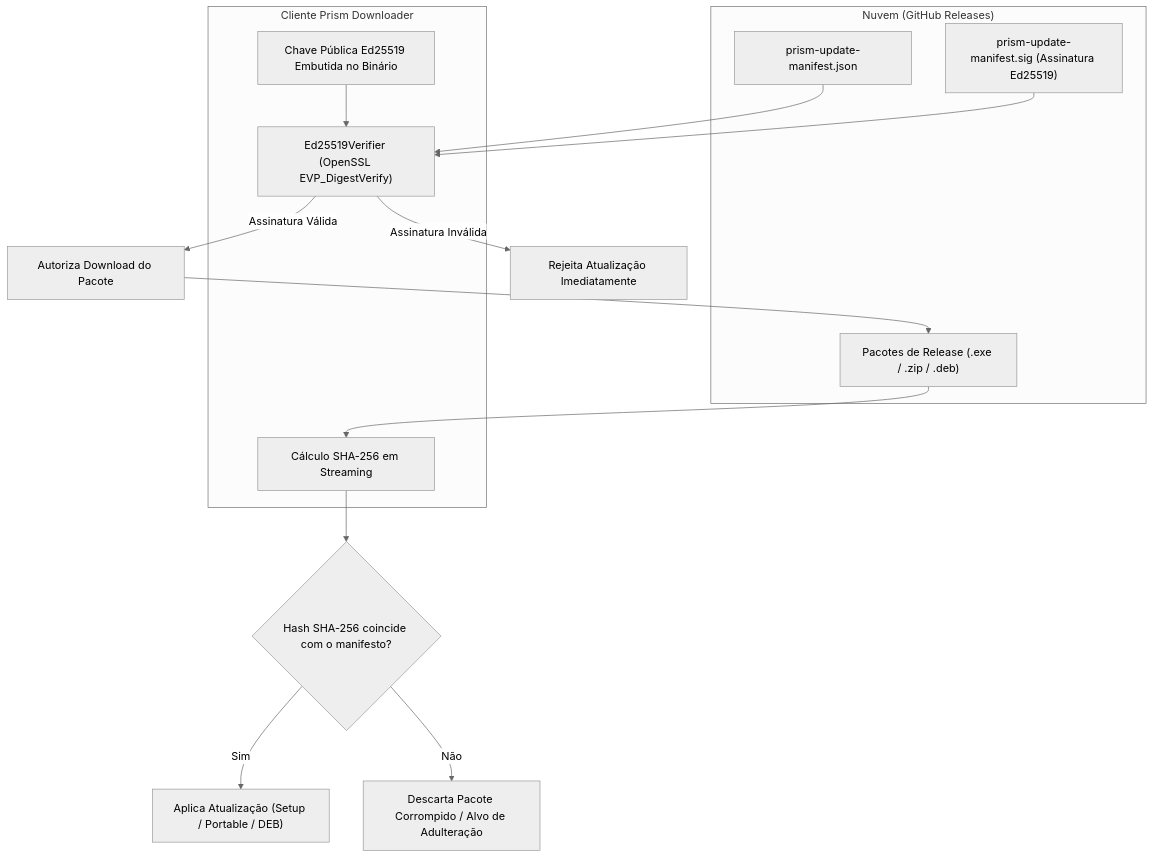
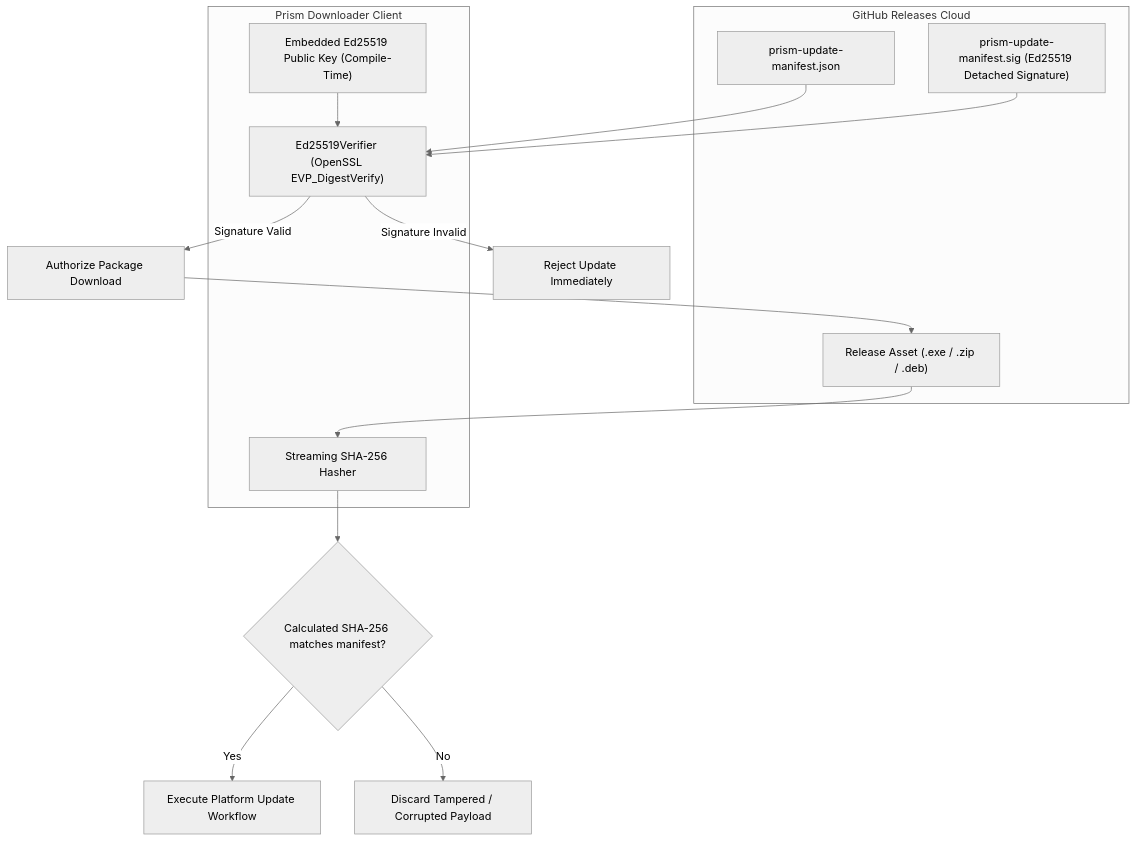
Before and after one commit to BadTonho/PrismDownloader: the diagram in docs/AUTO_UPDATE.md, drawn with Mermaid (neutral theme). The commit also changed other lines of this file and 14 other files, not shown here.

Commit message:
docs: implement comprehensive technical documentation for project modules, architecture, and deployment procedures

````diff
--- a/docs/AUTO_UPDATE.md
+++ b/docs/AUTO_UPDATE.md
@@ -14,25 +18,25 @@
 ```mermaid
 flowchart TD
-    subgraph Cloud ["Nuvem (GitHub Releases)"]
-        RelAsset["Pacotes de Release (.exe / .zip / .deb)"]
+    subgraph Cloud ["GitHub Releases Cloud"]
+        RelAsset["Release Asset (.exe / .zip / .deb)"]
         Manifest["prism-update-manifest.json"]
-        Sig["prism-update-manifest.sig (Assinatura Ed25519)"]
+        Sig["prism-update-manifest.sig (Ed25519 Detached Signature)"]
     end
 
-    subgraph Client ["Cliente Prism Downloader"]
-        Key["Chave Pública Ed25519 Embutida no Binário"]
+    subgraph Client ["Prism Downloader Client"]
+        Key["Embedded Ed25519 Public Key (Compile-Time)"]
         Verifier["Ed25519Verifier (OpenSSL EVP_DigestVerify)"]
-        StreamHash["Cálculo SHA-256 em Streaming"]
+        StreamHash["Streaming SHA-256 Hasher"]
     end
 
     Sig & Manifest --> Verifier
     Key --> Verifier
-    Verifier -- "Assinatura Válida" --> DownloadPkg["Autoriza Download do Pacote"]
-    Verifier -- "Assinatura Inválida" --> Reject["Rejeita Atualização Imediatamente"]
+    Verifier -- "Signature Valid" --> DownloadPkg["Authorize Package Download"]
+    Verifier -- "Signature Invalid" --> Reject["Reject Update Immediately"]
     
     DownloadPkg --> RelAsset
     RelAsset --> StreamHash
-    StreamHash --> CheckHash{"Hash SHA-256 coincide com o manifesto?"}
-    CheckHash -- Sim --> InstallUpdate["Aplica Atualização (Setup / Portable / DEB)"]
-    CheckHash -- Não --> Corrupt["Descarta Pacote Corrompido / Alvo de Adulteração"]
+    StreamHash --> CheckHash{"Calculated SHA-256 matches manifest?"}
+    CheckHash -- Yes --> InstallUpdate["Execute Platform Update Workflow"]
+    CheckHash -- No --> Corrupt["Discard Tampered / Corrupted Payload"]
 ```
````
